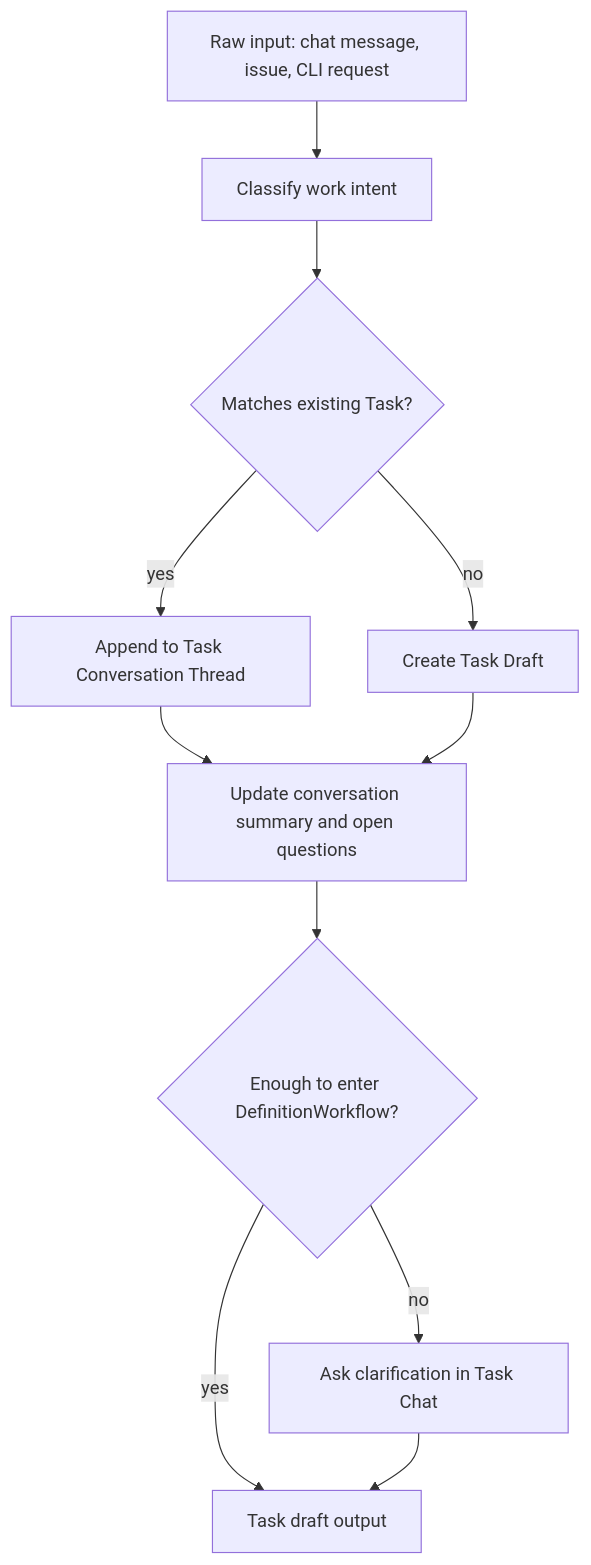
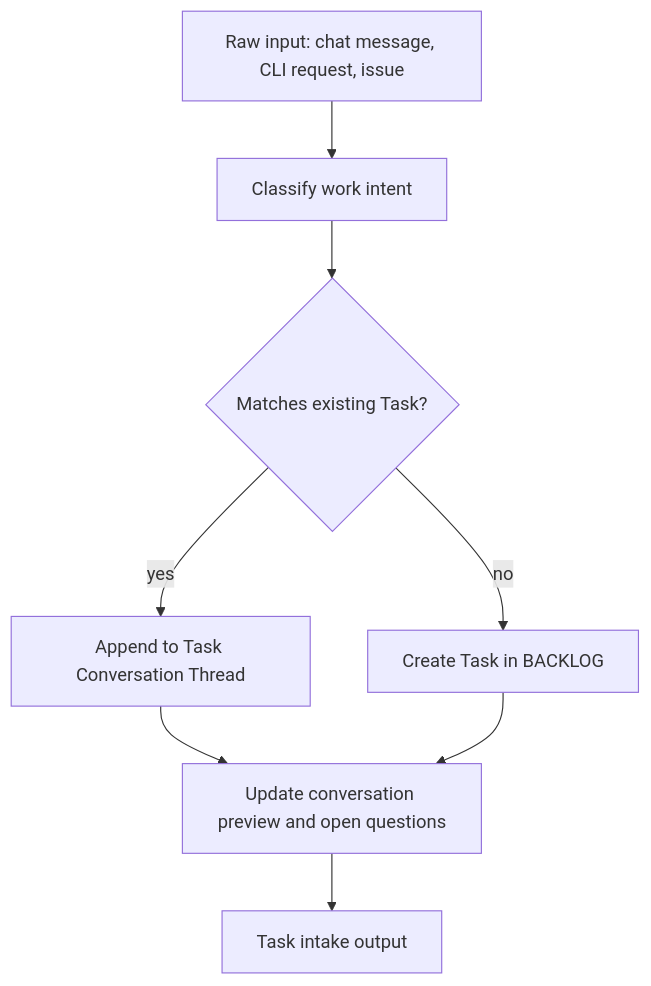
Before and after one commit to samzhu/grimoAPP: the third of 10 diagrams in docs/grimo/references/grimo-agent-workflow-definition.md, drawn with Mermaid. The commit also changed other lines of this file and 29 other files, not shown here.

Commit message:
docs: align task workflow model

````diff
--- a/docs/grimo/references/grimo-agent-workflow-definition.md
+++ b/docs/grimo/references/grimo-agent-workflow-definition.md
@@ -130,13 +159,10 @@
 ```mermaid
 flowchart TD
-  Input["Raw input: chat message, issue, CLI request"] --> Classify["Classify work intent"]
+  Input["Raw input: chat message, CLI request, issue"] --> Classify["Classify work intent"]
   Classify --> Existing{"Matches existing Task?"}
   Existing -- "yes" --> Attach["Append to Task Conversation Thread"]
-  Existing -- "no" --> Draft["Create Task Draft"]
-  Attach --> Summarize["Update conversation summary and open questions"]
-  Draft --> Summarize
-  Summarize --> NeedsClarification{"Enough to enter DefinitionWorkflow?"}
-  NeedsClarification -- "no" --> Ask["Ask clarification in Task Chat"]
-  NeedsClarification -- "yes" --> Output["Task draft output"]
-  Ask --> Output
+  Existing -- "no" --> Create["Create Task in BACKLOG"]
+  Attach --> Preview["Update conversation preview and open questions"]
+  Create --> Preview
+  Preview --> Output["Task intake output"]
 ```
````
